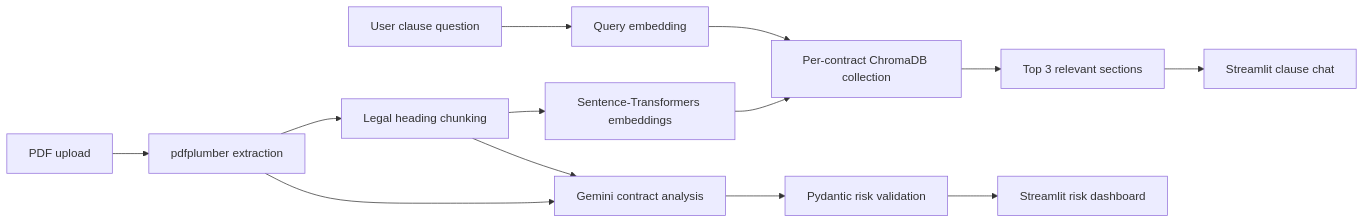
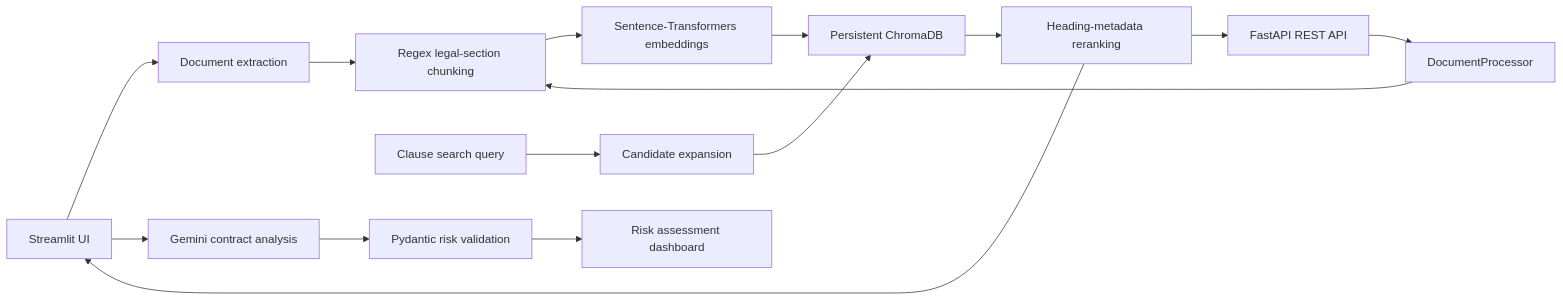
The diagram in README.md (Srihithavss-coding/Agent-Contract-Analyzer), drawn with Mermaid before and after one commit. The commit also changed other lines of this file and 16 other files, not shown here.

Commit message:
Initial commit: Add production-grade RAG contract analyzer, FastAPI, and README

````diff
--- a/README.md
+++ b/README.md
@@ -17,15 +17,17 @@
 ```mermaid
 flowchart LR
-    A[PDF upload] --> B[pdfplumber extraction]
-    B --> C[Legal heading chunking]
-    C --> D[Sentence-Transformers embeddings]
-    D --> E[Per-contract ChromaDB collection]
-    F[User clause question] --> G[Query embedding]
-    G --> E
-    E --> H[Top 3 relevant sections]
-    B --> I[Gemini contract analysis]
-    C --> I
-    I --> J[Pydantic risk validation]
-    H --> K[Streamlit clause chat]
-    J --> L[Streamlit risk dashboard]
+    A[Streamlit UI] --> B[Document extraction]
+    A --> C[Gemini contract analysis]
+    B --> F[Regex legal-section chunking]
+    D[FastAPI REST API] --> E[DocumentProcessor]
+    E --> F[Regex legal-section chunking]
+    F --> G[Sentence-Transformers embeddings]
+    G --> H[Persistent ChromaDB]
+    I[Clause search query] --> J[Candidate expansion]
+    J --> H
+    H --> K[Heading-metadata reranking]
+    K --> D
+    K --> A
+    C --> L[Pydantic risk validation]
+    L --> M[Risk assessment dashboard]
 ```
````
